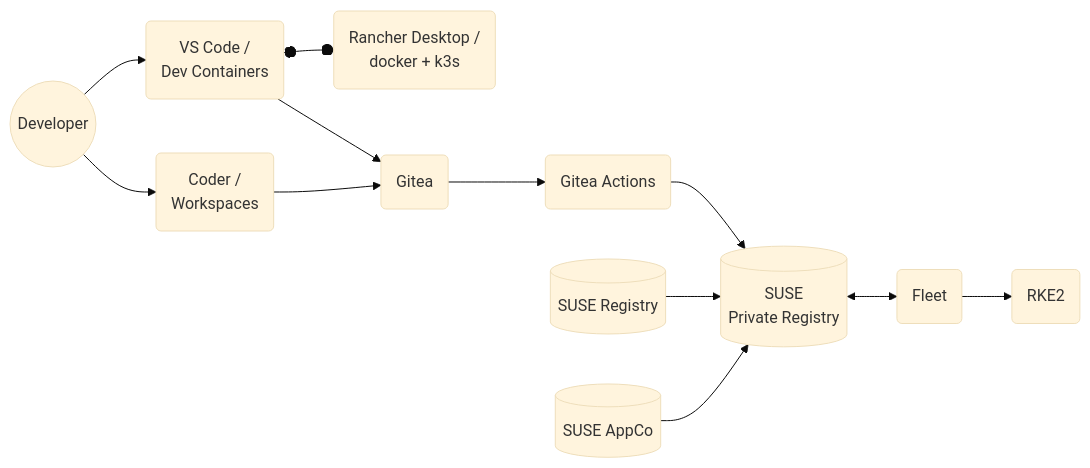
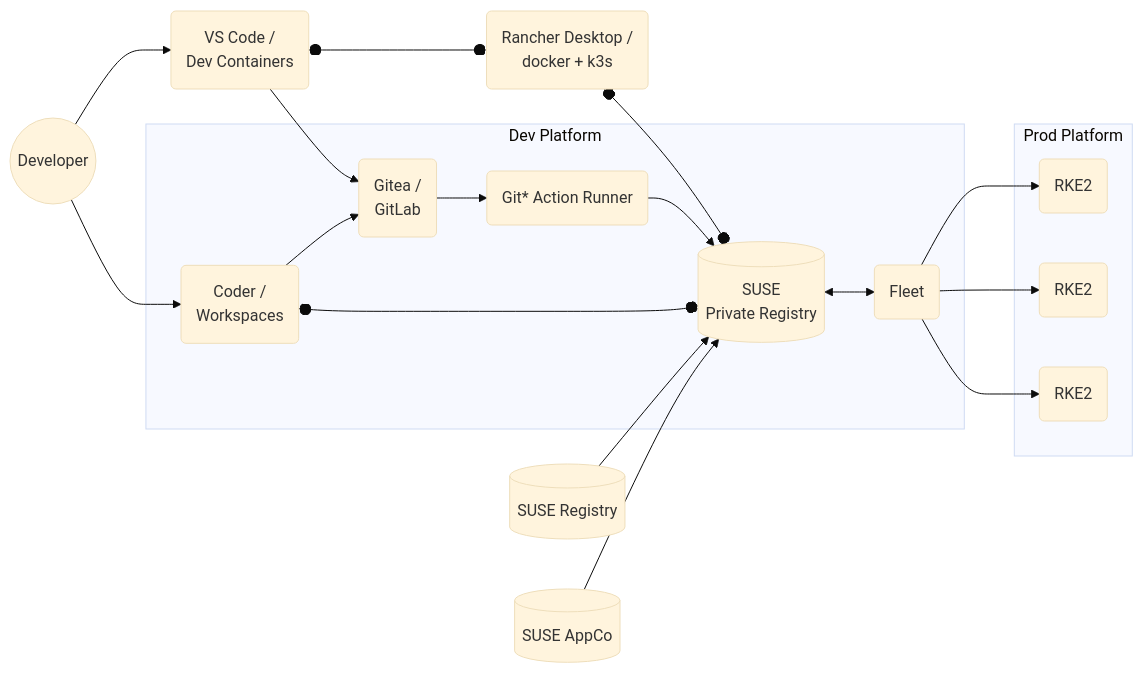
The diagram in docs/docs/intro.md (rancher/devx-designs), drawn with Mermaid (base theme) before and after one commit. The commit also changed 1 other file, not shown here.

Commit message:
Add detail to overview diagram.

````diff
--- a/docs/docs/intro.md
+++ b/docs/docs/intro.md
@@ -31,27 +31,37 @@
 ```mermaid
 flowchart LR
+
     Dev((Developer))
     --> VSC("VS Code /
     Dev Containers") 
     o--o RD("Rancher Desktop / 
             docker + k3s")
-    VSC --> GT("Gitea")
-        --> GHA(Gitea Actions)
+    RD o--o SPR
+    VSC --> GT("Gitea /
+            GitLab")
+        Dev --> CD("Coder /
+        Workspaces") 
+    subgraph RancherPrime["Dev Platform"]
+        CD --> GT --> GHA(Git* Action Runner)
         --> SPR[("SUSE 
         Private Registry")] <--> FLT(Fleet)
-        --> RKE2(RKE2)
+        CD o--o SPR
+    end
+        subgraph PROD[Prod Platform]
+            FLT --> NODE1(RKE2)
+            FLT --> NODE2(RKE2)
+            FLT --> NODE3(RKE2)
+        end
 
-    Dev --> CD("Coder /
-    Workspaces") --> GT
 
     %% VSC --> GH("Github")
     %% CD --> GH
     %% GH --> GHA
 
     %% VSC --> GL("Gitlab")
     %% CD --> GL
     %% GL --> GHA
 
     BCI[(SUSE Registry)] --> SPR
     AC[(SUSE AppCo)] --> SPR
 ```
````
